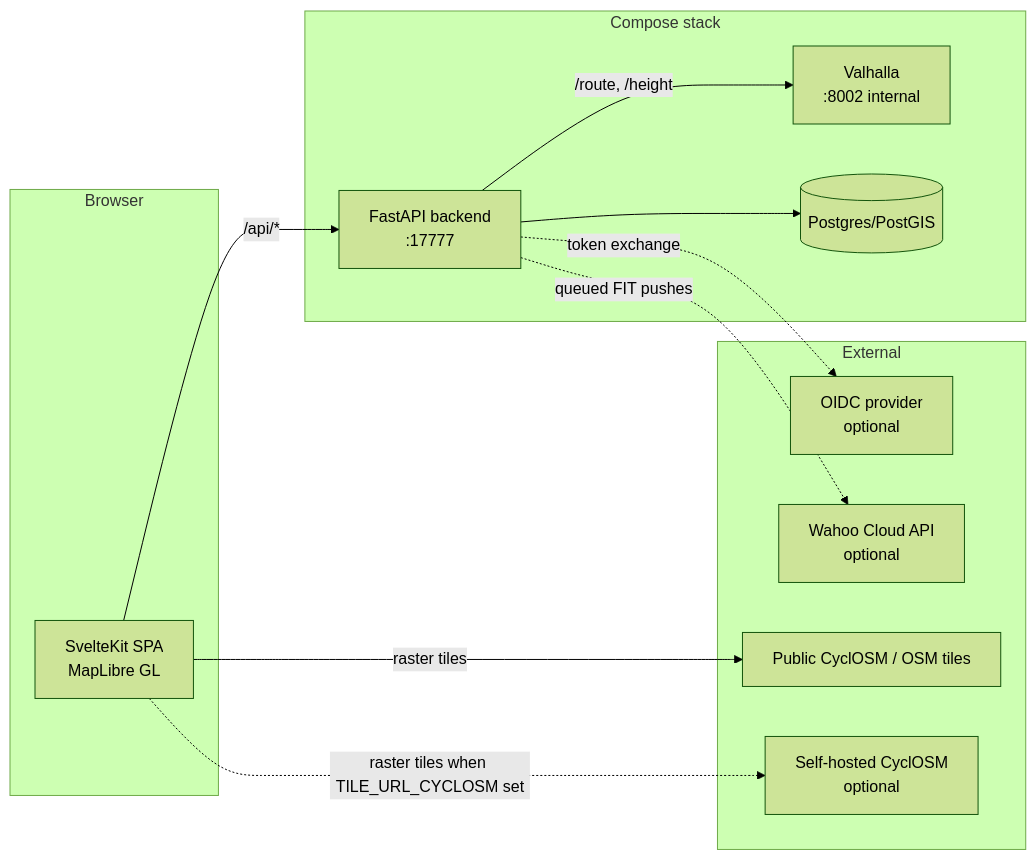
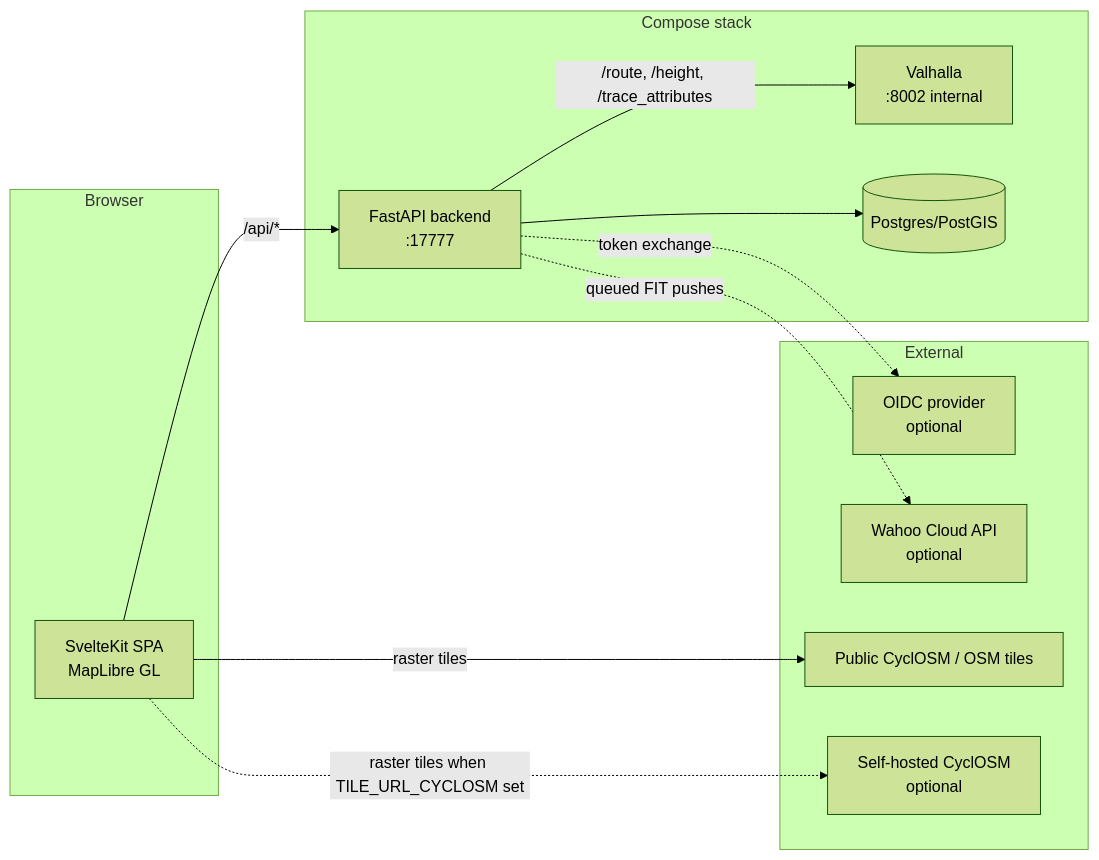
The diagram in docs/architecture.md (beaglemoo/moovelo), drawn with Mermaid (forest theme) before and after one commit. The commit also changed other lines of this file and 1 other file, not shown here.

First line of the commit message:
docs: surface breakdown in README and architecture

````diff
--- a/docs/architecture.md
+++ b/docs/architecture.md
@@ -5,25 +5,25 @@
 ```mermaid
 flowchart LR
     subgraph Browser
         UI[SvelteKit SPA<br/>MapLibre GL]
     end
     subgraph Compose stack
         BE[FastAPI backend<br/>:17777]
         VH[Valhalla<br/>:8002 internal]
         PG[(Postgres/PostGIS)]
     end
     subgraph External
         PUB[Public CyclOSM / OSM tiles]
         SELF[Self-hosted CyclOSM<br/>optional]
         OIDC[OIDC provider<br/>optional]
         WAHOO[Wahoo Cloud API<br/>optional]
     end
 
     UI -->|/api/*| BE
-    BE -->|/route, /height| VH
+    BE -->|/route, /height, /trace_attributes| VH
     BE --> PG
     BE -.->|token exchange| OIDC
     BE -.->|queued FIT pushes| WAHOO
     UI -->|raster tiles| PUB
     UI -.->|raster tiles when TILE_URL_CYCLOSM set| SELF
 ```
````
